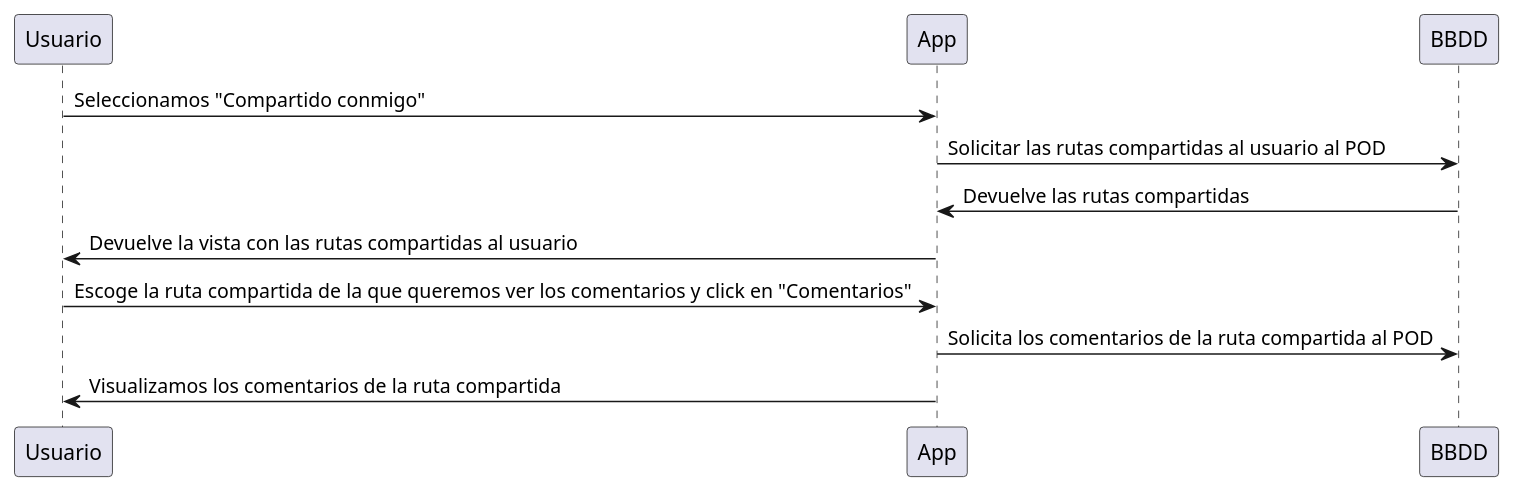
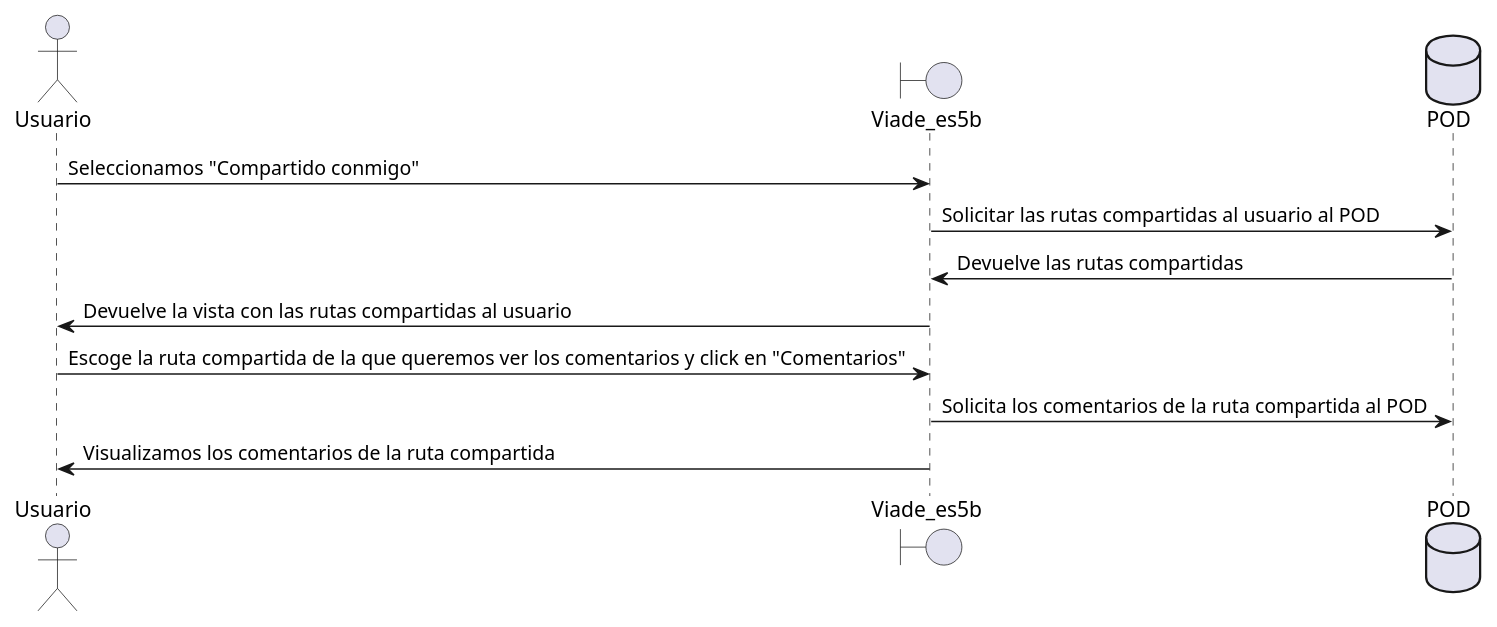
Diagram 15 of 16 in src/docs/06_runtime_view.adoc (Arquisoft/viade_es5b), drawn with PlantUML before and after one commit. The commit also changed other lines of this file, not shown here.

```diff
--- a/src/docs/06_runtime_view.adoc
+++ b/src/docs/06_runtime_view.adoc
@@ -337,10 +383,13 @@
 [plantuml,"DiagramaVerComentariosRutaCompartida",png]
 ----
-Usuario -> App: Seleccionamos "Compartido conmigo"
-App -> BBDD : Solicitar las rutas compartidas al usuario al POD
-BBDD -> App: Devuelve las rutas compartidas
-App -> Usuario: Devuelve la vista con las rutas compartidas al usuario
-Usuario -> App: Escoge la ruta compartida de la que queremos ver los comentarios y click en "Comentarios"
-App -> BBDD: Solicita los comentarios de la ruta compartida al POD
-App -> Usuario: Visualizamos los comentarios de la ruta compartida
+actor Usuario
+boundary Viade_es5b
+database POD
+Usuario -> Viade_es5b: Seleccionamos "Compartido conmigo"
+Viade_es5b -> POD : Solicitar las rutas compartidas al usuario al POD
+POD -> Viade_es5b: Devuelve las rutas compartidas
+Viade_es5b -> Usuario: Devuelve la vista con las rutas compartidas al usuario
+Usuario -> Viade_es5b: Escoge la ruta compartida de la que queremos ver los comentarios y click en "Comentarios"
+Viade_es5b -> POD: Solicita los comentarios de la ruta compartida al POD
+Viade_es5b -> Usuario: Visualizamos los comentarios de la ruta compartida
 ----
```
